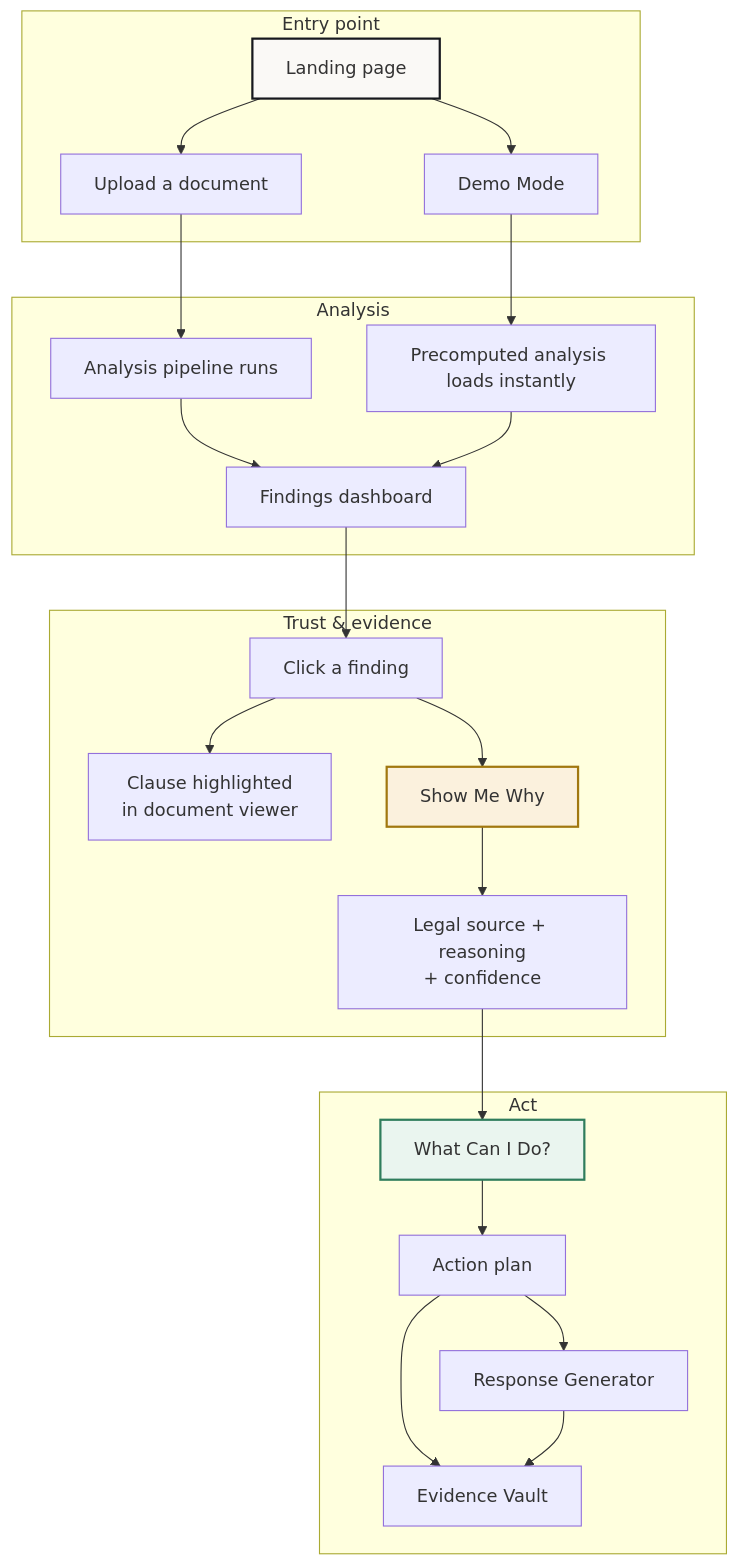
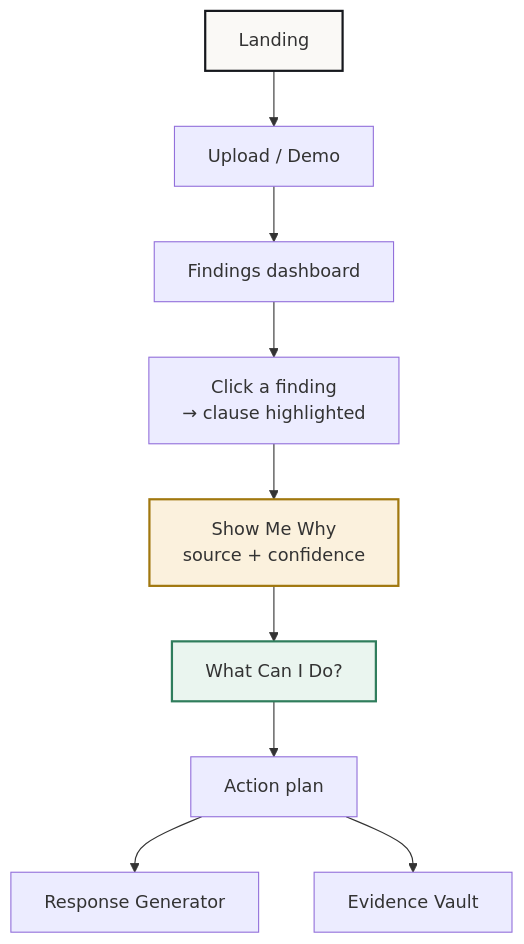
One commit to KodeMeister-YT/CivicShield changed the third of 12 diagrams in README.md. Above: the diagram before and after it, drawn with Mermaid. The commit also changed other lines of this file, not shown here.

Commit message:
docs: trim README prose, keep all diagrams and data

````diff
--- a/README.md
+++ b/README.md
@@ -96,34 +49,15 @@
 ```mermaid
 flowchart TD
-    subgraph Entry["Entry point"]
-        L[Landing page]
-        L --> U[Upload a document]
-        L --> DM[Demo Mode]
-    end
-
-    subgraph Analysis["Analysis"]
-        U --> AN[Analysis pipeline runs]
-        DM --> AN2[Precomputed analysis loads instantly]
-        AN --> F[Findings dashboard]
-        AN2 --> F
-    end
-
-    subgraph Trust["Trust & evidence"]
-        F --> HC[Click a finding]
-        HC --> HL[Clause highlighted<br/>in document viewer]
-        HC --> SW["Show Me Why"]
-        SW --> LS[Legal source + reasoning<br/>+ confidence]
-    end
-
-    subgraph Act["Act"]
-        LS --> WCI["What Can I Do?"]
-        WCI --> APL[Action plan]
-        APL --> RG[Response Generator]
-        APL --> EV[Evidence Vault]
-        RG --> EV
-    end
+    L[Landing] --> U[Upload / Demo]
+    U --> F[Findings dashboard]
+    F --> HC[Click a finding<br/>→ clause highlighted]
+    HC --> SW["Show Me Why"<br/>source + confidence]
+    SW --> WCI["What Can I Do?"]
+    WCI --> APL[Action plan]
+    APL --> RG[Response Generator]
+    APL --> EV[Evidence Vault]
 
     style L fill:#faf9f6,stroke:#16181d,stroke-width:2px
     style SW fill:#fbf1dd,stroke:#a1780f,stroke-width:2px
     style WCI fill:#eaf5ef,stroke:#2f7d5c,stroke-width:2px
 ```
````
